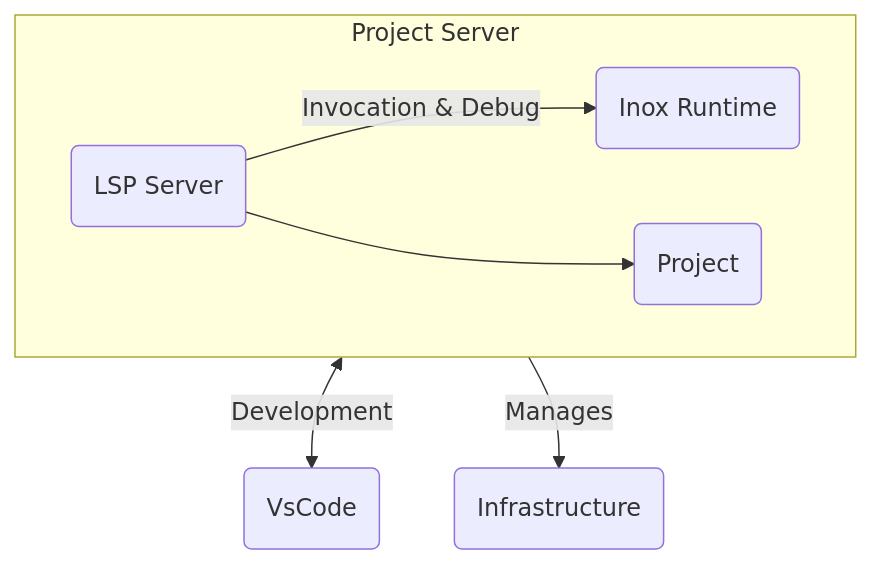
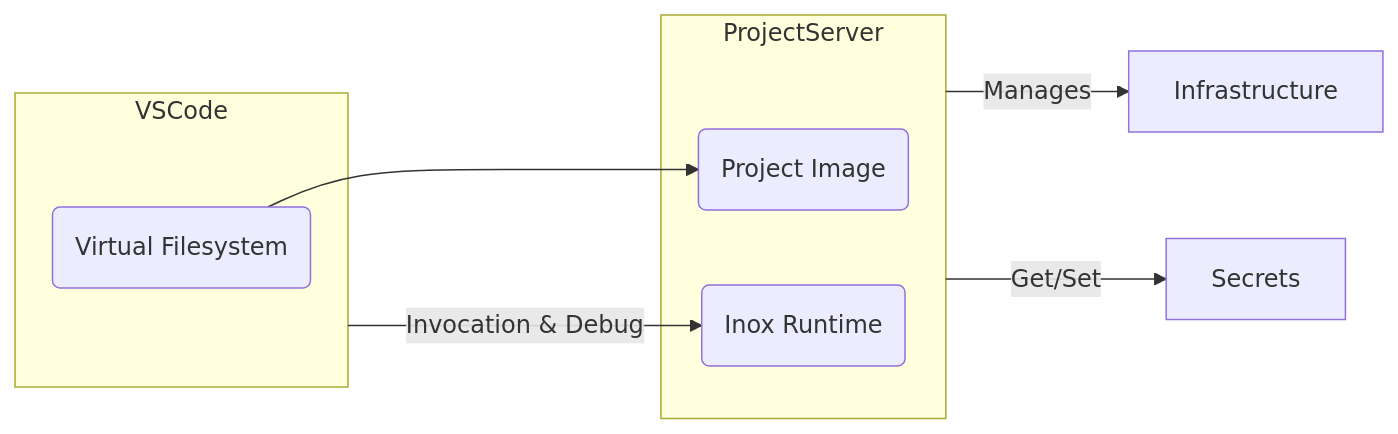
Before and after one commit to inoxlang/inox: the first of 2 diagrams in README.md, drawn with Mermaid. The commit also changed other lines of this file, not shown here.

````diff
--- a/README.md
+++ b/README.md
@@ -251,10 +250,19 @@
 ```mermaid
-graph TD
-    A(Project Server) <-->|Development| B(VsCode)
-    A -->|Manages| C(Infrastructure)
+graph LR
 
-subgraph A[Project Server]
-  A1(LSP Server) -->|Invocation & Debug| A2(Inox Runtime)
-  A1 --> A3(Project)
+subgraph VSCode
+  VSCodeVFS(Virtual Filesystem)
 end
+
+VSCodeVFS --> ProjImage
+VSCode -->|Invocation & Debug| Runtime(Inox Runtime)
+ProjectServer[Project Server]
+
+subgraph ProjectServer
+  Runtime
+  ProjImage(Project Image)
+end
+
+ProjectServer -->|Manages| Infrastructure
+ProjectServer -->|Get/Set| Secrets
 ```
````
